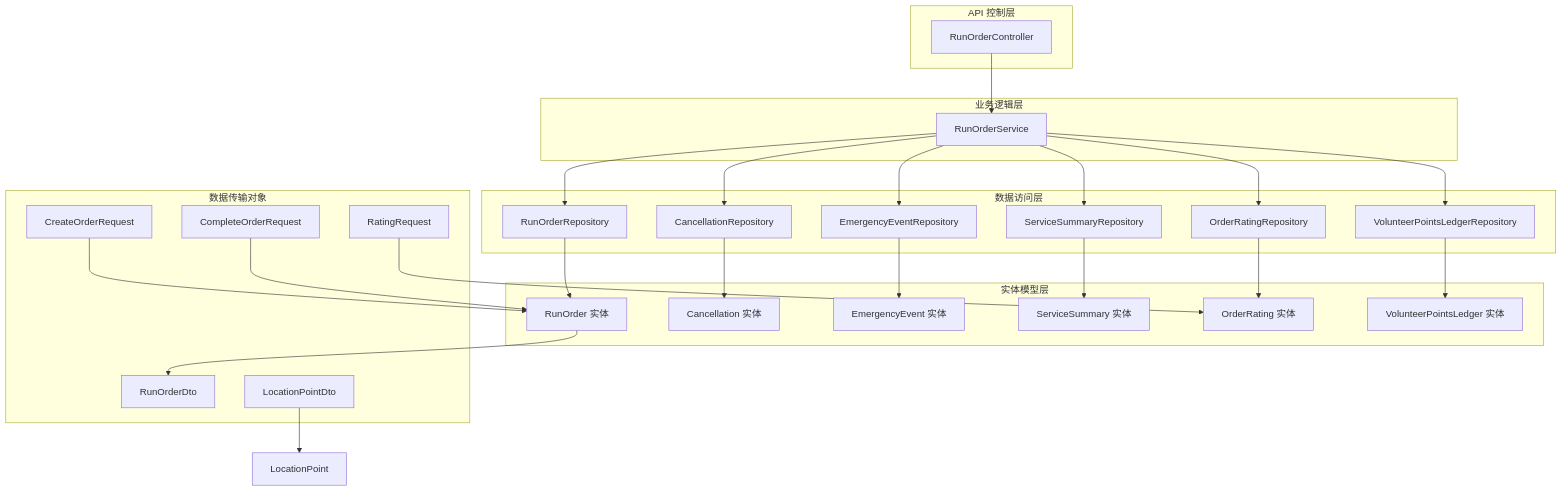
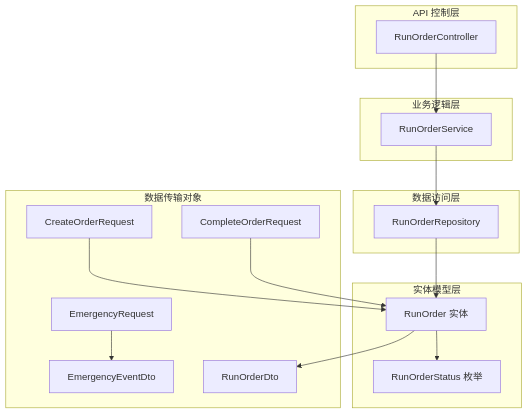
The first of 8 diagrams in .qoder/repowiki/zh/content/API 接口文档/订单管理接口/订单管理接口.md (Jayden23018/blind-run-ios), drawn with Mermaid before and after one commit. The commit also changed other lines of this file and 29 other files, not shown here.

Commit message:
Update test accounts and cloud E2E flow

````diff
--- a/.qoder/repowiki/zh/content/API 接口文档/订单管理接口/订单管理接口.md
+++ b/.qoder/repowiki/zh/content/API 接口文档/订单管理接口/订单管理接口.md
@@ -58,50 +46,31 @@
 ```mermaid
 graph TB
 subgraph "API 控制层"
 RunOrderController[RunOrderController]
 end
 subgraph "业务逻辑层"
 RunOrderService[RunOrderService]
 end
 subgraph "数据访问层"
 RunOrderRepository[RunOrderRepository]
-CancellationRepository[CancellationRepository]
-EmergencyEventRepository[EmergencyEventRepository]
-ServiceSummaryRepository[ServiceSummaryRepository]
-OrderRatingRepository[OrderRatingRepository]
-VolunteerPointsLedgerRepository[VolunteerPointsLedgerRepository]
 end
 subgraph "实体模型层"
 RunOrder[RunOrder 实体]
-Cancellation[Cancellation 实体]
-EmergencyEvent[EmergencyEvent 实体]
-ServiceSummary[ServiceSummary 实体]
-OrderRating[OrderRating 实体]
-VolunteerPointsLedger[VolunteerPointsLedger 实体]
+RunOrderStatus[RunOrderStatus 枚举]
 end
 subgraph "数据传输对象"
 RunOrderDto[RunOrderDto]
 CreateOrderRequest[CreateOrderRequest]
 CompleteOrderRequest[CompleteOrderRequest]
-RatingRequest[RatingRequest]
-LocationPointDto[LocationPointDto]
+EmergencyRequest[EmergencyRequest]
+EmergencyEventDto[EmergencyEventDto]
 end
 RunOrderController --> RunOrderService
 RunOrderService --> RunOrderRepository
-RunOrderService --> CancellationRepository
-RunOrderService --> EmergencyEventRepository
-RunOrderService --> ServiceSummaryRepository
-RunOrderService --> OrderRatingRepository
-RunOrderService --> VolunteerPointsLedgerRepository
 RunOrderRepository --> RunOrder
-CancellationRepository --> Cancellation
-EmergencyEventRepository --> EmergencyEvent
-ServiceSummaryRepository --> ServiceSummary
-OrderRatingRepository --> OrderRating
-VolunteerPointsLedgerRepository --> VolunteerPointsLedger
+RunOrder --> RunOrderStatus
 RunOrder --> RunOrderDto
 CreateOrderRequest --> RunOrder
 CompleteOrderRequest --> RunOrder
-RatingRequest --> OrderRating
-LocationPointDto --> LocationPoint
+EmergencyRequest --> EmergencyEventDto
 ```
````
